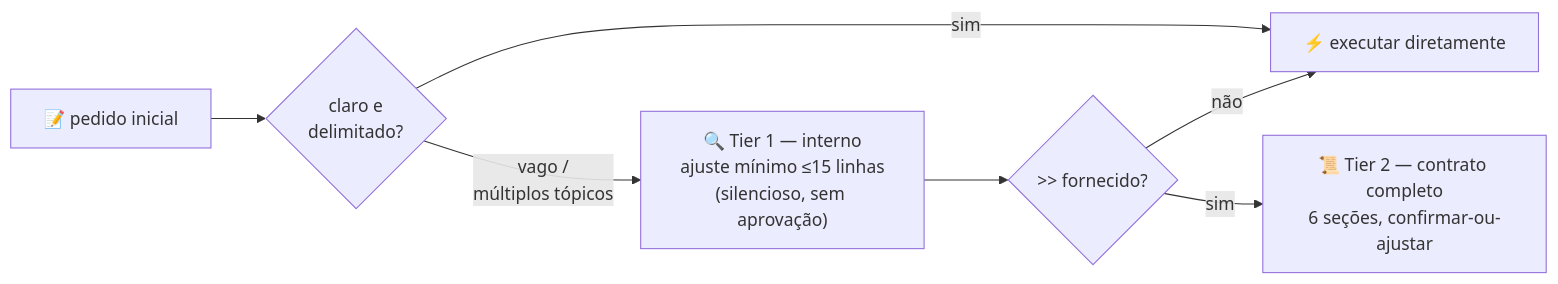
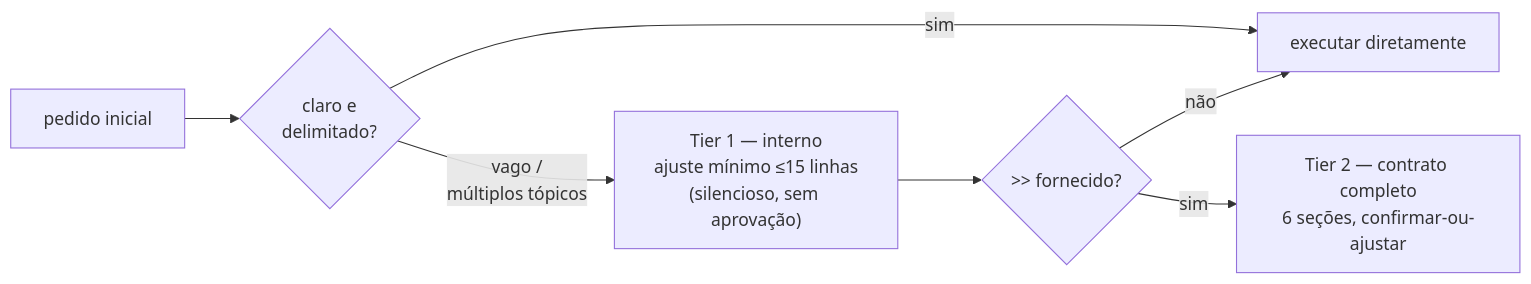
Before and after one commit to ils15/pantheon-opencode: the second of 4 diagrams in README.pt-BR.md, drawn with Mermaid. The commit also changed other lines of this file and 11 other files, not shown here.

````diff
--- a/README.pt-BR.md
+++ b/README.pt-BR.md
@@ -31,9 +31,9 @@
 ```mermaid
 flowchart LR
-    R["📝 pedido inicial"] --> T0{"claro e<br/>delimitado?"}
-    T0 -->|sim| X["⚡ executar diretamente"]
-    T0 -->|"vago /<br/>múltiplos tópicos"| T1["🔍 Tier 1 — interno<br/>ajuste mínimo ≤15 linhas<br/>(silencioso, sem aprovação)"]
+    R["pedido inicial"] --> T0{"claro e<br/>delimitado?"}
+    T0 -->|sim| X["executar diretamente"]
+    T0 -->|"vago /<br/>múltiplos tópicos"| T1["Tier 1 — interno<br/>ajuste mínimo ≤15 linhas<br/>(silencioso, sem aprovação)"]
     T1 --> T2q{">> fornecido?"}
-    T2q -->|sim| T2["📜 Tier 2 — contrato completo<br/>6 seções, confirmar-ou-ajustar"]
+    T2q -->|sim| T2["Tier 2 — contrato completo<br/>6 seções, confirmar-ou-ajustar"]
     T2q -->|não| X
 ```
````
